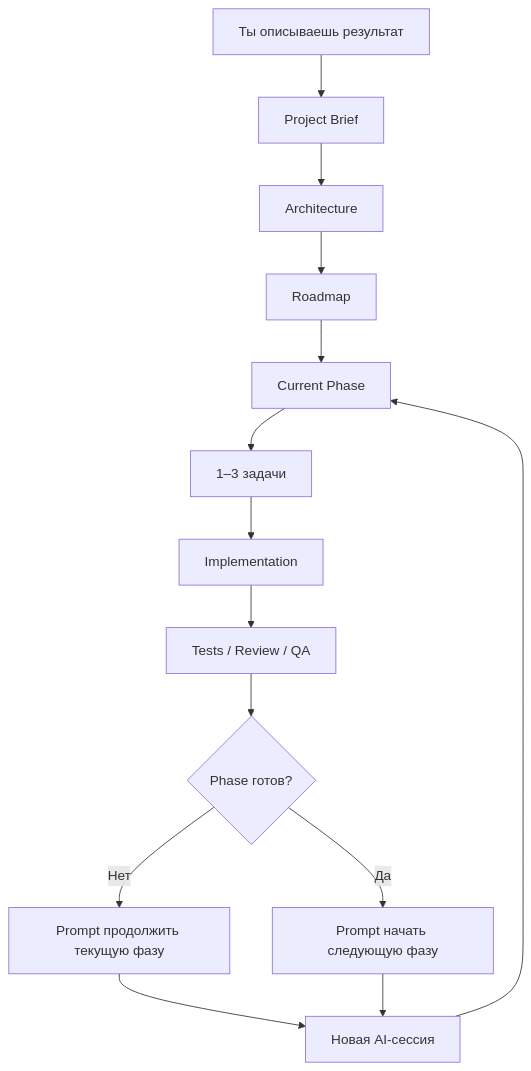
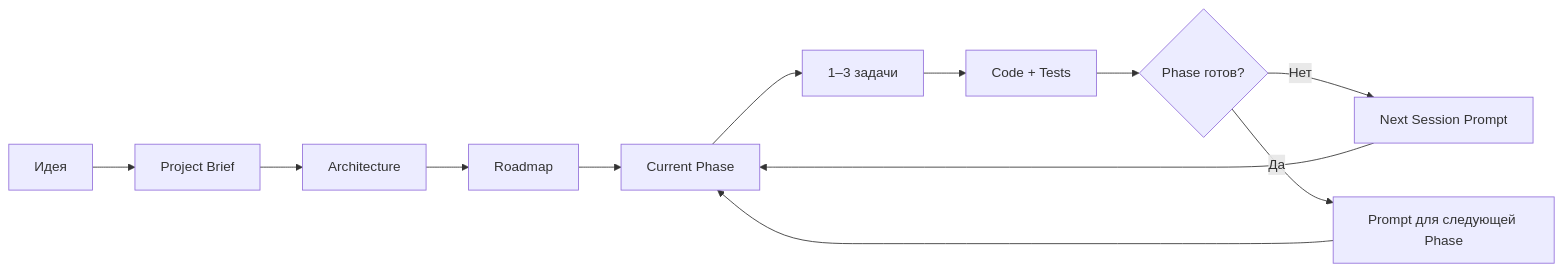
The diagram in README.md (Elguajo/Token-Efficient-Spec-Kit), drawn with Mermaid before and after one commit. The commit also changed other lines of this file, not shown here.

````diff
--- a/README.md
+++ b/README.md
@@ -88,16 +94,14 @@
 ```mermaid
-flowchart TD
-    A[Ты описываешь результат] --> B[Project Brief]
+flowchart LR
+    A[Идея] --> B[Project Brief]
     B --> C[Architecture]
     C --> D[Roadmap]
     D --> E[Current Phase]
     E --> F[1–3 задачи]
-    F --> G[Implementation]
-    G --> H[Tests / Review / QA]
-    H --> I{Phase готов?}
-    I -- Нет --> J[Prompt продолжить текущую фазу]
-    I -- Да --> K[Prompt начать следующую фазу]
-    J --> L[Новая AI-сессия]
-    K --> L
-    L --> E
+    F --> G[Code + Tests]
+    G --> H{Phase готов?}
+    H -- Нет --> I[Next Session Prompt]
+    H -- Да --> J[Prompt для следующей Phase]
+    I --> E
+    J --> E
 ```
````
